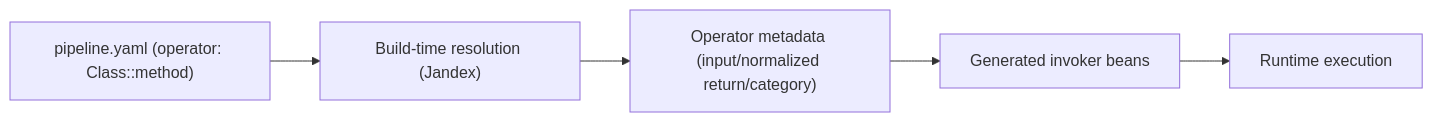
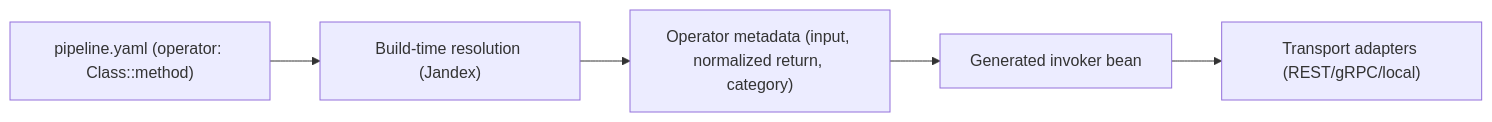
Before and after one commit to The-Pipeline-Framework/pipelineframework: the diagram in docs/guide/build/operators.md, drawn with Mermaid. The commit also changed other lines of this file and 5 other files, not shown here.

Commit message:
docs(operators): refresh guide content with current behavior and diagrams

````diff
--- a/docs/guide/build/operators.md
+++ b/docs/guide/build/operators.md
@@ -7,7 +7,7 @@
 ```mermaid
 flowchart LR
   A["pipeline.yaml (operator: Class::method)"] --> B["Build-time resolution (Jandex)"]
-  B --> C["Operator metadata (input/normalized return/category)"]
-  C --> D["Generated invoker beans"]
-  D --> E["Runtime execution"]
+  B --> C["Operator metadata (input, normalized return, category)"]
+  C --> D["Generated invoker bean"]
+  D --> E["Transport adapters (REST/gRPC/local)"]
 ```
````
